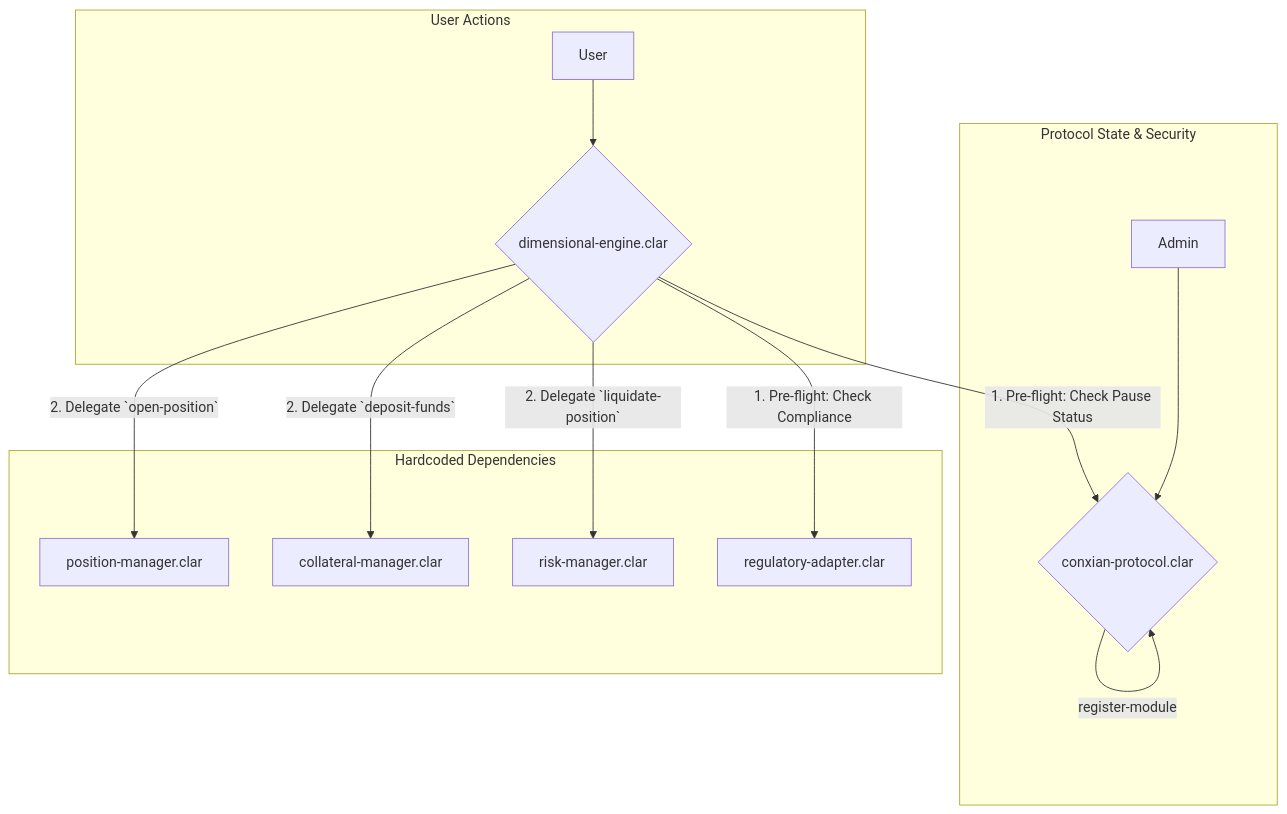
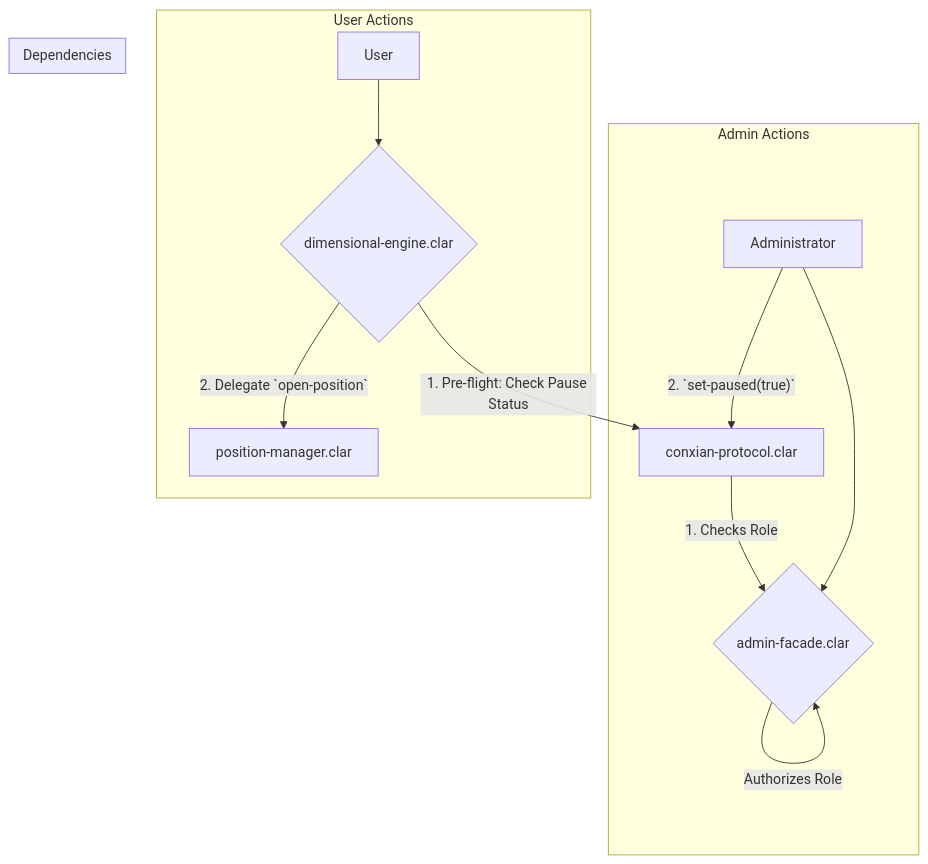
One commit to Anya-org/Conxian changed the diagram in contracts/core/README.md. Above: the diagram before and after it, drawn with Mermaid. The commit also changed other lines of this file and 2 other files, not shown here.

First line of the commit message:
feat(docs): Align Core Docs with PRD and Architecture

````diff
--- a/contracts/core/README.md
+++ b/contracts/core/README.md
@@ -27,26 +27,19 @@
 ```mermaid
 graph TD
-    subgraph "User Actions"
-        A[User] --> B{dimensional-engine.clar};
+    subgraph "Admin Actions"
+        A[Administrator] --> B{admin-facade.clar};
+        B -- Authorizes Role --> B;
+        C[conxian-protocol.clar] -- 1. Checks Role --> B;
+        A -- 2. `set-paused(true)` --> C;
     end
 
-    subgraph "Protocol State & Security"
-        G[Admin] --> H{conxian-protocol.clar};
-        H -- set-paused --> H;
-        H -- register-module --> H;
+    subgraph "User Actions"
+        D[User] --> E{dimensional-engine.clar};
+        E -- 1. Pre-flight: Check Pause Status --> C;
+        E -- 2. Delegate `open-position` --> F[position-manager.clar];
     end
 
-    subgraph "Hardcoded Dependencies"
-        C[position-manager.clar]
-        D[collateral-manager.clar]
-        F[risk-manager.clar]
-        I[regulatory-adapter.clar]
+    subgraph "Dependencies"
+        F
     end
-
-    B -- 1. Pre-flight: Check Compliance --> I;
-    B -- 1. Pre-flight: Check Pause Status --> H;
-
-    B -- 2. Delegate `open-position` --> C;
-    B -- 2. Delegate `deposit-funds` --> D;
-    B -- 2. Delegate `liquidate-position` --> F;
 ```
````
